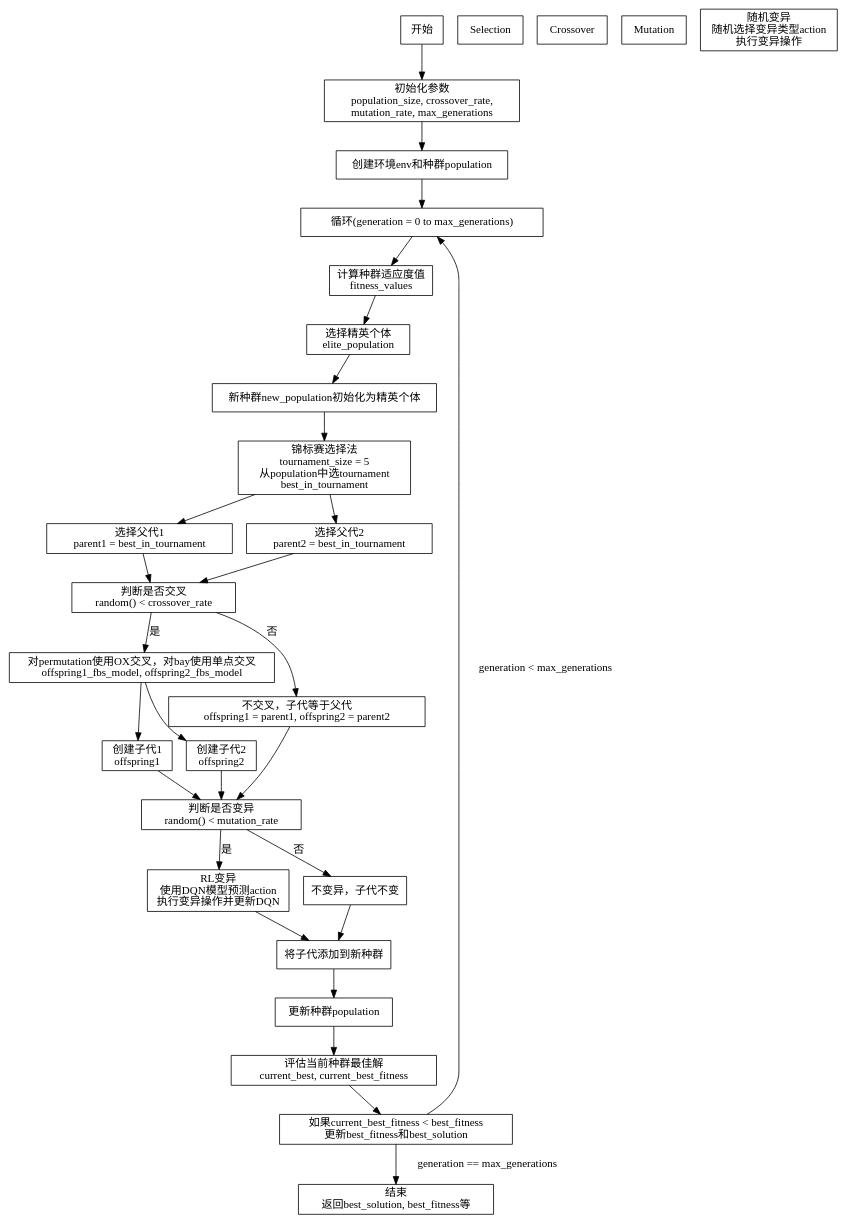
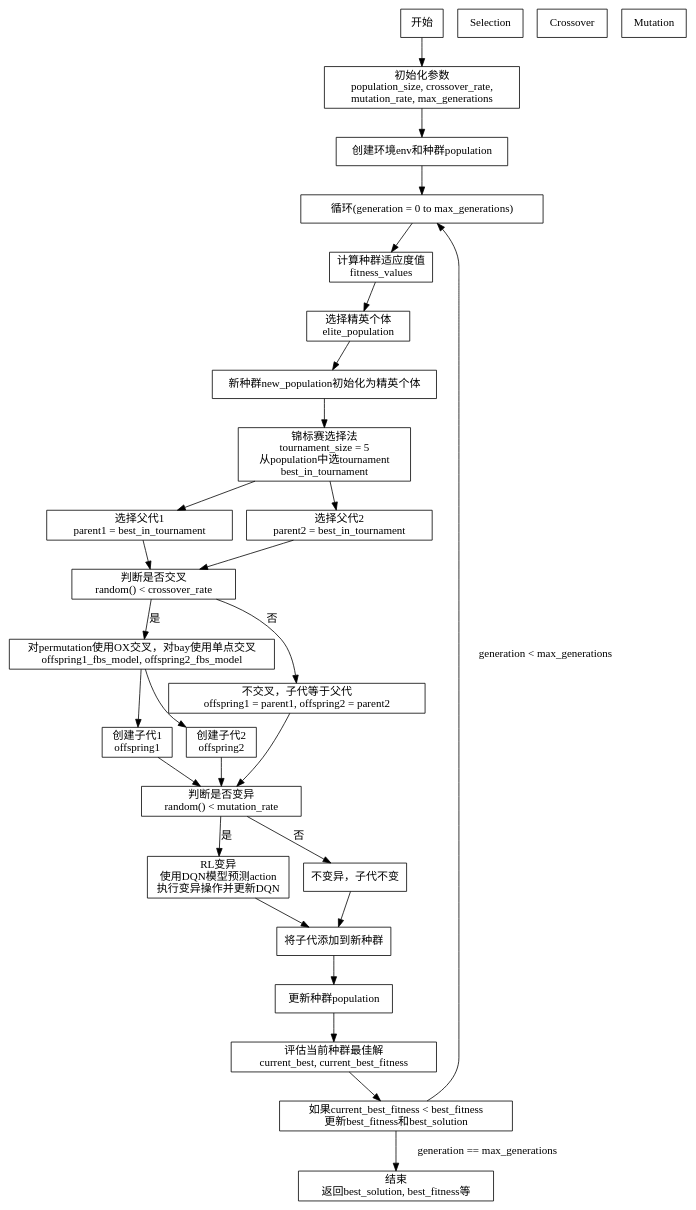
Before and after one commit to ssrskl/gym-flp-fbs: the diagram in graphviz/GA.dot, drawn with Graphviz. The commit also changed 18 other files, not shown here.

```diff
--- a/graphviz/GA.dot
+++ b/graphviz/GA.dot
@@ -1,114 +1,112 @@
 digraph GeneticAlgorithmFlowchart {
     rankdir=TB;
     node [shape=box];
     
     // 开始
     Start [label="开始"];
     
     // 初始化参数
     InitParams [label="初始化参数\npopulation_size, crossover_rate,\nmutation_rate, max_generations"];
     
     // 创建环境和种群
     CreateEnvPop [label="创建环境env和种群population"];
     
     // 主循环
     MainLoop [label="循环(generation = 0 to max_generations)"];
     
     // 计算适应度
     CalcFitness [label="计算种群适应度值\nfitness_values"];
     
     // 选择精英个体
     SelectElite [label="选择精英个体\nelite_population"];
     
     // 新种群初始化
     NewPopInit [label="新种群new_population初始化为精英个体"];
     
     // 选择操作
     Selection {
         label="选择操作";
         style=filled;
         color=lightblue;
         // 锦标赛选择
         TournamentSelect [label="锦标赛选择法\ntournament_size = 5\n从population中选tournament\nbest_in_tournament"];
         // 选择父代1
         SelectParent1 [label="选择父代1\nparent1 = best_in_tournament"];
         // 选择父代2
         SelectParent2 [label="选择父代2\nparent2 = best_in_tournament"];
     }
     
     // 交叉操作
     Crossover {
         label="交叉操作";
         style=filled;
         color=lightgreen;
         // 判断是否交叉
         CrossCheck [label="判断是否交叉\nrandom() < crossover_rate"];
         // OX交叉和单点交叉
         OXSingleCross [label="对permutation使用OX交叉，对bay使用单点交叉\noffspring1_fbs_model, offspring2_fbs_model"];
         // 创建子代1
         CreateOffspring1 [label="创建子代1\noffspring1"];
         // 创建子代2
         CreateOffspring2 [label="创建子代2\noffspring2"];
         // 不交叉情况
         NoCross [label="不交叉，子代等于父代\noffspring1 = parent1, offspring2 = parent2"];
     }
     
     // 变异操作
     Mutation {
         label="变异操作";
         style=filled;
         color=orange;
         // 判断是否变异
         MutateCheck [label="判断是否变异\nrandom() < mutation_rate"];
         // RL变异
         RLMutate [label="RL变异\n使用DQN模型预测action\n执行变异操作并更新DQN"];
-        // 随机变异
-        RandomMutate [label="随机变异\n随机选择变异类型action\n执行变异操作"];
         // 不变异情况
         NoMutate [label="不变异，子代不变"];
     }
     
     // 添加子代到新种群
     AddChildren [label="将子代添加到新种群"];
     
     // 更新种群
     UpdatePop [label="更新种群population"];
     
     // 评估当前最佳解
     EvalBest [label="评估当前种群最佳解\ncurrent_best, current_best_fitness"];
     
     // 更新最优解
     UpdateBest [label="如果current_best_fitness < best_fitness\n更新best_fitness和best_solution"];
     
     // 结束
     End [label="结束\n返回best_solution, best_fitness等"];
     
     // 边连接
     Start -> InitParams;
     InitParams -> CreateEnvPop;
     CreateEnvPop -> MainLoop;
     MainLoop -> CalcFitness;
     CalcFitness -> SelectElite;
     SelectElite -> NewPopInit;
     NewPopInit -> TournamentSelect;
     TournamentSelect -> SelectParent1;
     TournamentSelect -> SelectParent2;
     SelectParent1 -> CrossCheck;
     SelectParent2 -> CrossCheck;
     CrossCheck -> OXSingleCross [label="是"];
     CrossCheck -> NoCross [label="否"];
     OXSingleCross -> CreateOffspring1;
     OXSingleCross -> CreateOffspring2;
     CreateOffspring1 -> MutateCheck;
     CreateOffspring2 -> MutateCheck;
     MutateCheck -> RLMutate [label="是"];
     MutateCheck -> NoMutate [label="否"];
     RLMutate -> AddChildren;
     NoMutate -> AddChildren;
     NoCross -> MutateCheck;
     AddChildren -> UpdatePop;
     UpdatePop -> EvalBest;
     EvalBest -> UpdateBest;
     UpdateBest -> MainLoop [label="generation < max_generations"];
     UpdateBest -> End [label="generation == max_generations"];
 }    
```
